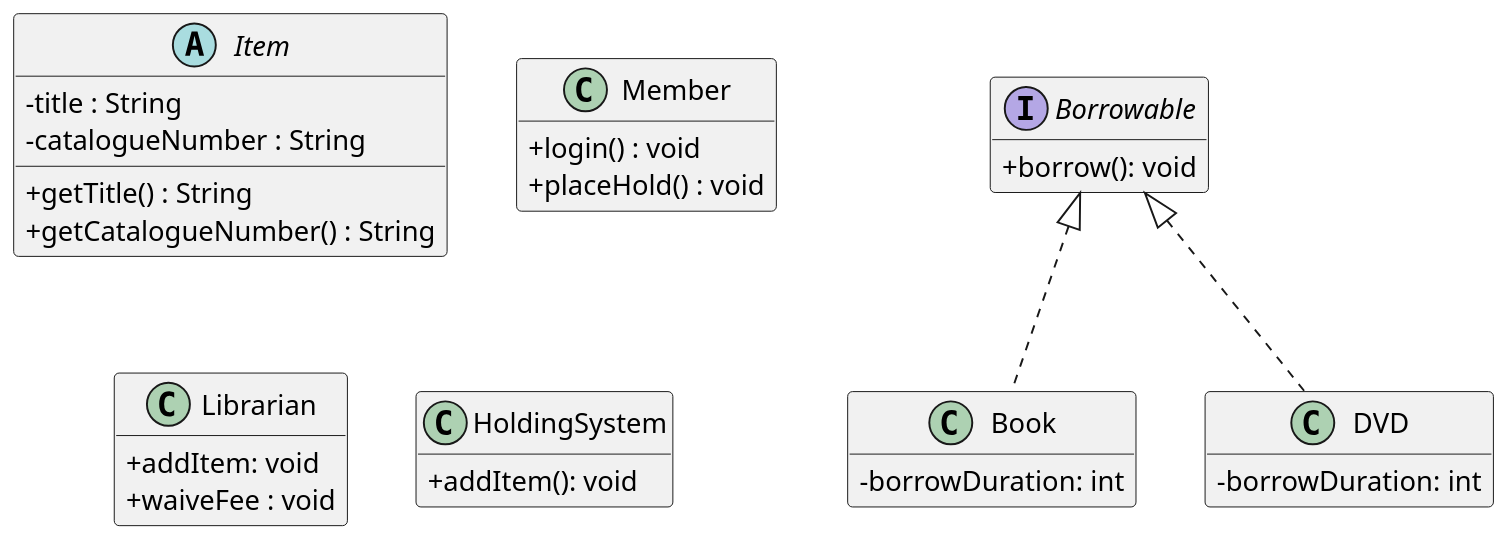
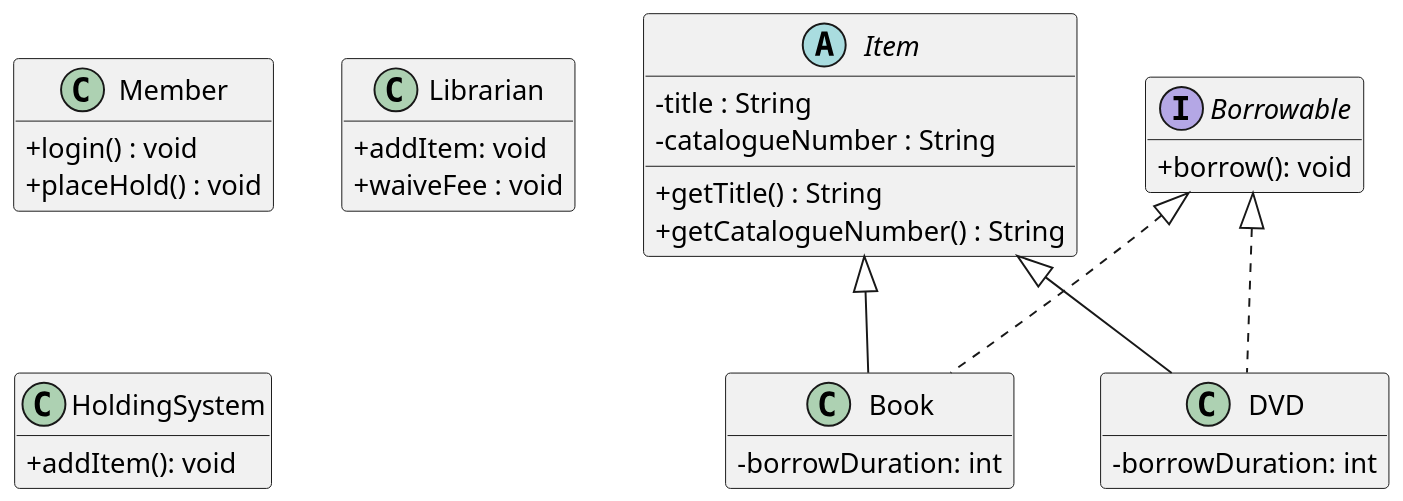
One commit to davidsh123/207-course-notes changed the diagram in plantuml/exercises/library-uml-starter.puml. Above: the diagram before and after it, drawn with PlantUML.

Commit message:
fixed bugs in library uml

```diff
--- a/plantuml/exercises/library-uml-starter.puml
+++ b/plantuml/exercises/library-uml-starter.puml
@@ -1,70 +1,72 @@
 @startuml
 skinparam dpi 150
 skinparam classAttributeIconSize 0
 hide empty members
 
 ' Your task (Chapter 8, Question 1): draw the UML class diagram for the library
 ' specification — items, books, DVDs, reference-only items, members, librarians,
 ' and holds.
 '
 ' Define each type as a box, then connect them with the right arrows. One box
 ' (Item) is filled in as an example — decide on the rest yourself. There is more
 ' than one defensible answer.
 '
 ' PlantUML cheat-sheet:
 '   interface Name { + method() : Type }
 '   abstract class Name { # field : Type }
 '   class Name { - field : Type }
 '   Parent    <|-- Child    ' generalization: Child extends Parent
 '   Interface <|.. Class    ' realization:    Class implements Interface
 ' (Putting the parent/interface on the LEFT of the arrow keeps it on top, which
 '  is the convention used in these notes.)
 
 abstract class Item {
   - title : String
   - catalogueNumber : String
   + getTitle() : String
   + getCatalogueNumber() : String
 }
 
 ' TODO: add boxes for Book and DVD. What differs between them — a whole class,
 '       or just the value of a loan-period field?
 class Book {
     - borrowDuration: int
 }
 class DVD {
     - borrowDuration: int
 }
 
 
 ' TODO: reference-only items cannot be borrowed at all. Decide how to say that
 '       in the diagram: a subclass, or an interface (e.g. "Borrowable") that
 '       only some items realize?
 interface Borrowable {
     + borrow(): void
 }
 
 
 ' TODO: add Member and Librarian. What do they have in common? Add the common
 '       supertype if you think one is warranted.
 class Member {
     + login() : void
     + placeHold() : void
 }
 class Librarian {
     + addItem: void
     + waiveFee : void
 }
 
 ' TODO: add whatever represents a hold, and connect it to the classes that need
 '       to know about it.
 class HoldingSystem {
     + addItem(): void
 }
 
 ' TODO: add the arrows between all of your types.
 Borrowable <|.. Book
 Borrowable <|.. DVD
+Item <|-- Book
+Item <|-- DVD
 
 
 @enduml
```
